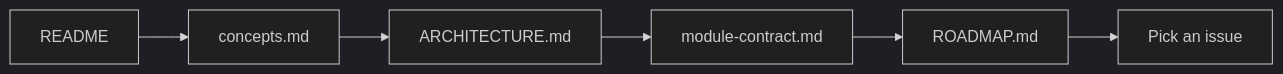
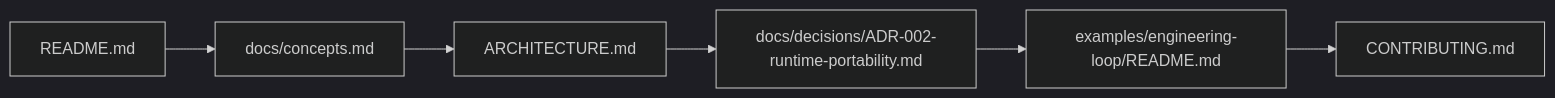
Before and after one commit to Fizioh/khamseen-os: the diagram in docs/getting-started.md, drawn with Mermaid (dark theme). The commit also changed other lines of this file and 1 other file, not shown here.

Commit message:
docs(examples): document engineering loop workflow and execution commands

````diff
--- a/docs/getting-started.md
+++ b/docs/getting-started.md
@@ -22,8 +57,8 @@
 ```mermaid
 flowchart LR
-  A[README] --> B[concepts.md]
+  A[README.md] --> B[docs/concepts.md]
   B --> C[ARCHITECTURE.md]
-  C --> D[module-contract.md]
-  D --> E[ROADMAP.md]
-  E --> F[Pick an issue]
+  C --> D[docs/decisions/ADR-002-runtime-portability.md]
+  D --> E[examples/engineering-loop/README.md]
+  E --> F[CONTRIBUTING.md]
 ```
````
